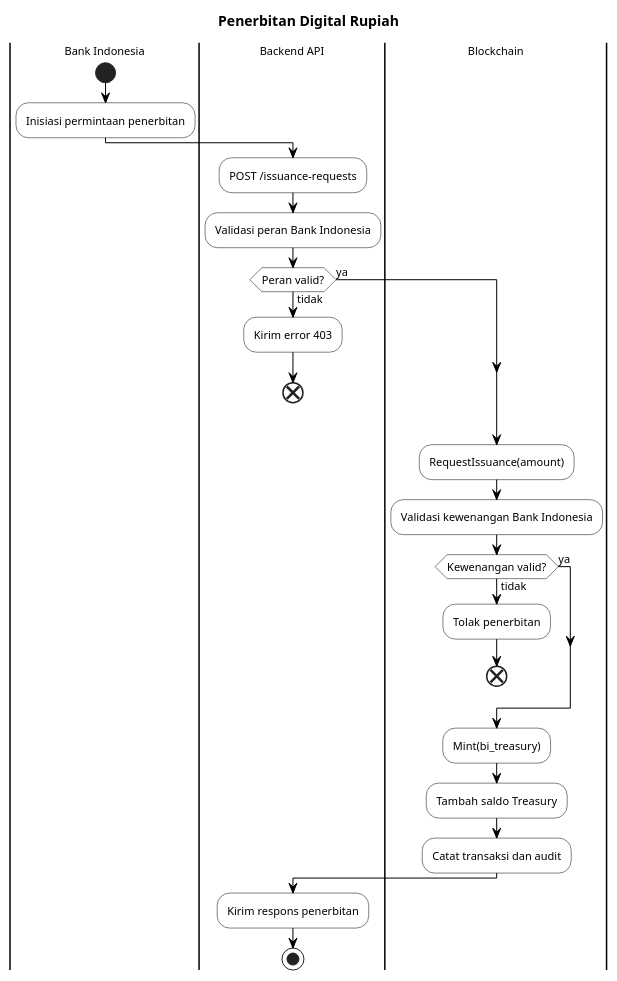
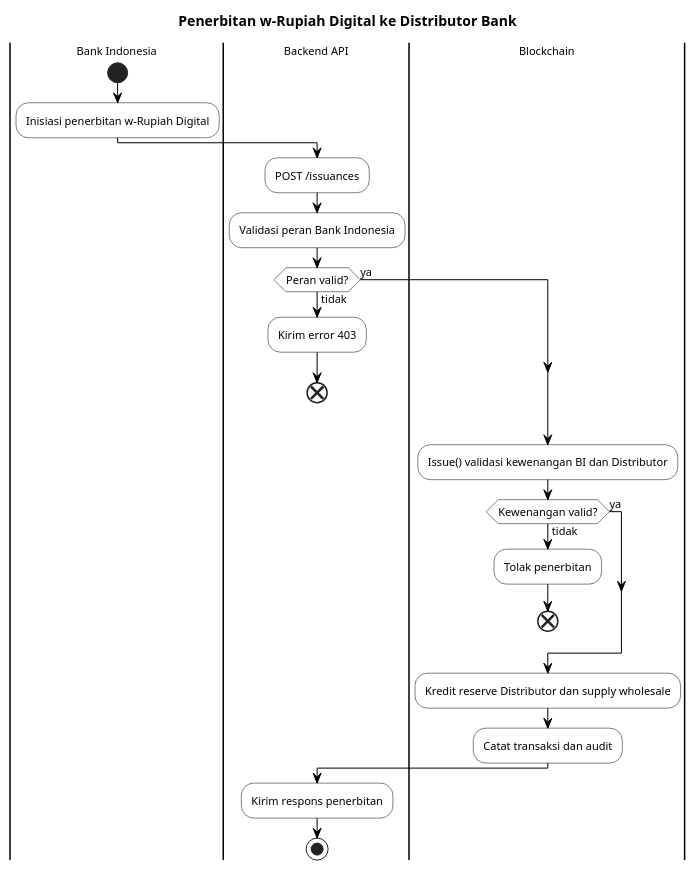
One commit to mfachrizalg/bi-coin changed the second of 7 diagrams in bi-coin-fabric/docs/diagrams/plantuml/activity-diagrams.puml. Above: the diagram before and after it, drawn with PlantUML. The commit also changed other lines of this file and 364 other files, not shown here.

```diff
--- a/bi-coin-fabric/docs/diagrams/plantuml/activity-diagrams.puml
+++ b/bi-coin-fabric/docs/diagrams/plantuml/activity-diagrams.puml
@@ -56,45 +55,43 @@
 @startuml AD02-Penerbitan-Digital-Rupiah
 skinparam monochrome true
 skinparam defaultFontSize 11
 skinparam activityFontSize 11
 skinparam activityBackgroundColor white
 skinparam activityBorderColor black
 skinparam activityDiamondBackgroundColor white
 skinparam activityDiamondBorderColor black
 skinparam arrowColor black
 skinparam noteBackgroundColor white
 skinparam noteBorderColor black
 skinparam swimlaneBorderColor black
 skinparam partitionBorderColor black
 
-title Penerbitan Digital Rupiah
+title Penerbitan w-Rupiah Digital ke Distributor Bank
 
 |Bank Indonesia|
 start
-:Inisiasi permintaan penerbitan;
+:Inisiasi penerbitan w-Rupiah Digital;
 
 |Backend API|
-:POST /issuance-requests;
+:POST /issuances;
 :Validasi peran Bank Indonesia;
 if (Peran valid?) then (tidak)
   :Kirim error 403;
   end
 else (ya)
 endif
 
 |Blockchain|
-:RequestIssuance(amount);
-:Validasi kewenangan Bank Indonesia;
+:Issue() validasi kewenangan BI dan Distributor;
 if (Kewenangan valid?) then (tidak)
   :Tolak penerbitan;
   end
 else (ya)
 endif
-:Mint(bi_treasury);
-:Tambah saldo Treasury;
+:Kredit reserve Distributor dan supply wholesale;
 :Catat transaksi dan audit;
 
 |Backend API|
 :Kirim respons penerbitan;
 stop
 @enduml
```
